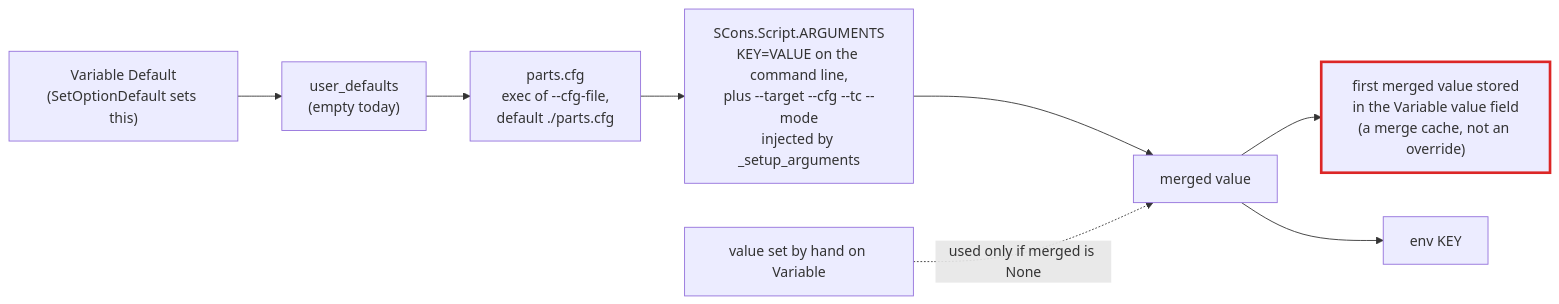
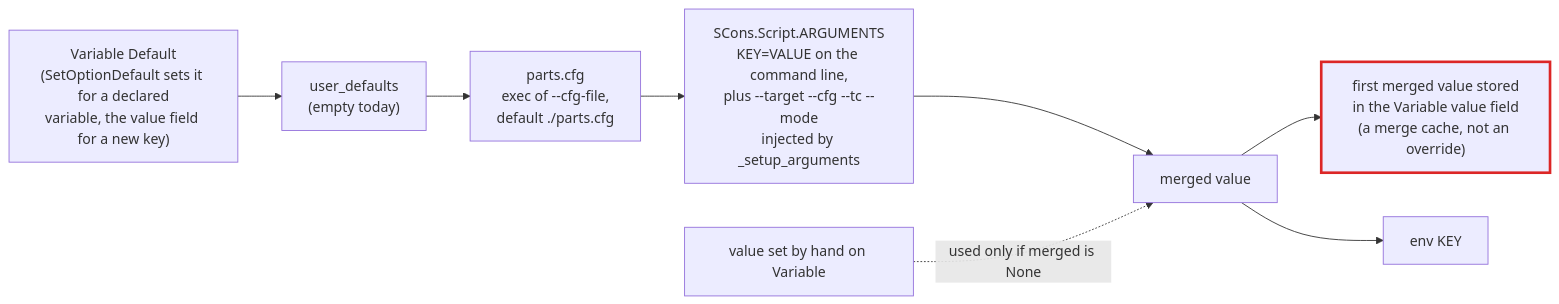
The second of 3 diagrams in doc/architecture/01-startup.md (sconsparts/parts), drawn with Mermaid before and after one commit. The commit also changed other lines of this file and 8 other files, not shown here.

First line of the commit message:
Correct the architecture maps after an order-and-attribution review

````diff
--- a/doc/architecture/01-startup.md
+++ b/doc/architecture/01-startup.md
@@ -51,11 +51,11 @@
 ```mermaid
 flowchart LR
-    D["Variable Default<br/>(SetOptionDefault sets this)"] --> UD["user_defaults<br/>(empty today)"]
+    D["Variable Default<br/>(SetOptionDefault sets it for a declared<br/>variable, the value field for a new key)"] --> UD["user_defaults<br/>(empty today)"]
     UD --> CF["parts.cfg<br/>exec of --cfg-file,<br/>default ./parts.cfg"]
     CF --> AR["SCons.Script.ARGUMENTS<br/>KEY=VALUE on the command line,<br/>plus --target --cfg --tc --mode<br/>injected by _setup_arguments"]
     AR --> M["merged value"]
     M --> V["first merged value stored<br/>in the Variable value field<br/>(a merge cache, not an override)"]:::hot
     M --> ENV["env KEY"]
     MAN["value set by hand on Variable"] -.->|"used only if merged is None"| M
     classDef hot stroke:#dc2626,stroke-width:3px
 ```
````
